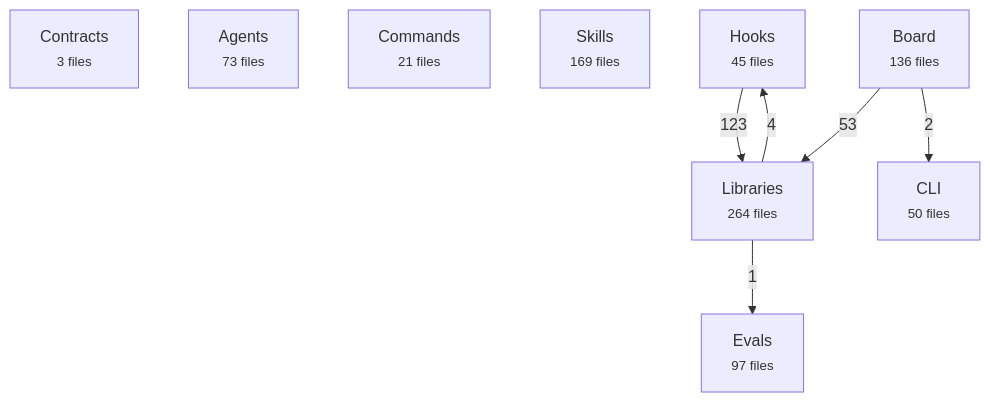
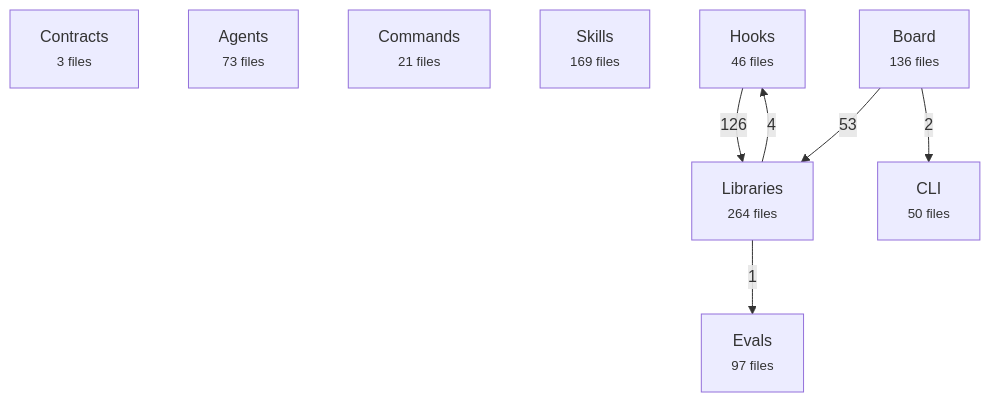
The first of 2 diagrams in docs/reference/architecture-map.md (avelikiy/great_cto), drawn with Mermaid before and after one commit. The commit also changed other lines of this file and 13 other files, not shown here.

````diff
--- a/docs/reference/architecture-map.md
+++ b/docs/reference/architecture-map.md
@@ -20,17 +20,17 @@
 ```mermaid
 flowchart TD
   contracts["Contracts<br/><small>3 files</small>"]
   agents["Agents<br/><small>73 files</small>"]
   commands["Commands<br/><small>21 files</small>"]
   skills["Skills<br/><small>169 files</small>"]
-  hooks["Hooks<br/><small>45 files</small>"]
+  hooks["Hooks<br/><small>46 files</small>"]
   libs["Libraries<br/><small>264 files</small>"]
   board["Board<br/><small>136 files</small>"]
   cli["CLI<br/><small>50 files</small>"]
   evals["Evals<br/><small>97 files</small>"]
-  hooks -->|123| libs
+  hooks -->|126| libs
   board -->|53| libs
   libs -->|4| hooks
   board -->|2| cli
   libs -->|1| evals
 ```
````
